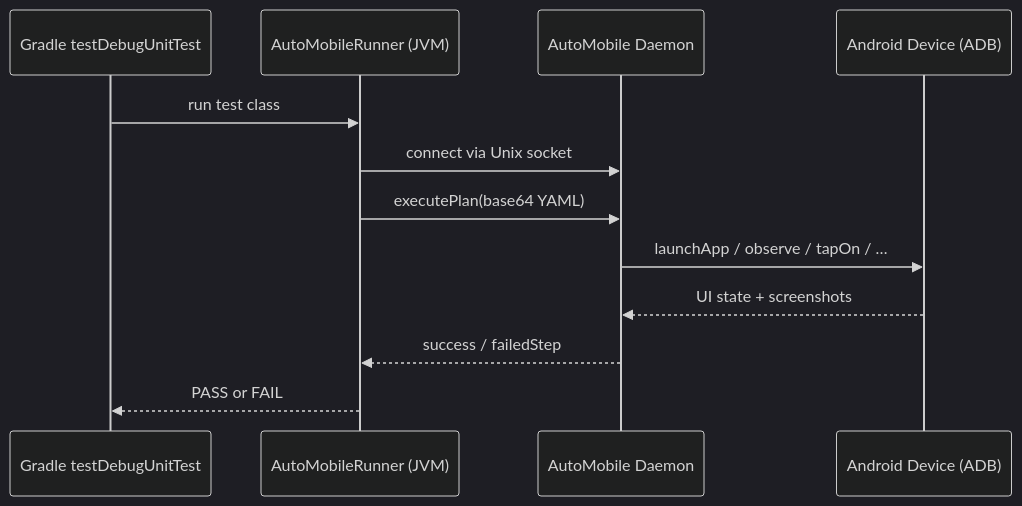
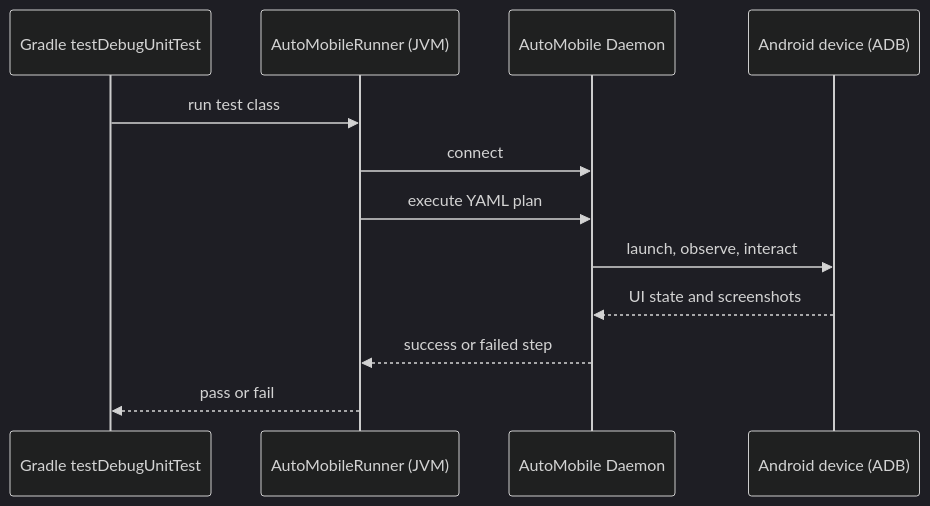
One commit to kaeawc/auto-mobile changed the diagram in docs/design-docs/plat/android/junit-runner/index.md. Above: the diagram before and after it, drawn with Mermaid (dark theme). The commit also changed other lines of this file and 161 other files, not shown here.

````diff
--- a/docs/design-docs/plat/android/junit-runner/index.md
+++ b/docs/design-docs/plat/android/junit-runner/index.md
@@ -16,15 +5,15 @@
 ```mermaid
 sequenceDiagram
-    participant G as Gradle testDebugUnitTest
-    participant R as AutoMobileRunner (JVM)
-    participant D as AutoMobile Daemon
-    participant A as Android Device (ADB)
+  participant Gradle as Gradle testDebugUnitTest
+  participant Runner as AutoMobileRunner (JVM)
+  participant Daemon as AutoMobile Daemon
+  participant Device as Android device (ADB)
 
-    G->>R: run test class
-    R->>D: connect via Unix socket
-    R->>D: executePlan(base64 YAML)
-    D->>A: launchApp / observe / tapOn / …
-    A-->>D: UI state + screenshots
-    D-->>R: success / failedStep
-    R-->>G: PASS or FAIL
+  Gradle->>Runner: run test class
+  Runner->>Daemon: connect
+  Runner->>Daemon: execute YAML plan
+  Daemon->>Device: launch, observe, interact
+  Device-->>Daemon: UI state and screenshots
+  Daemon-->>Runner: success or failed step
+  Runner-->>Gradle: pass or fail
 ```
````
